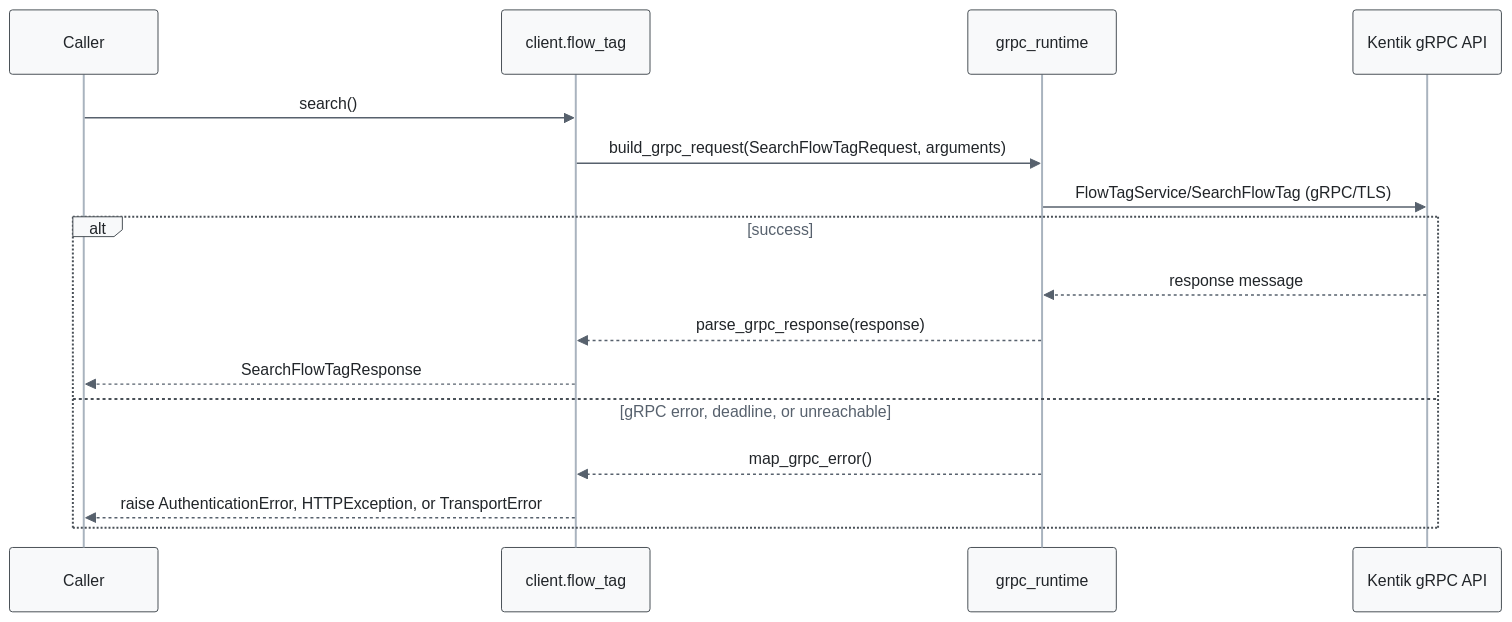
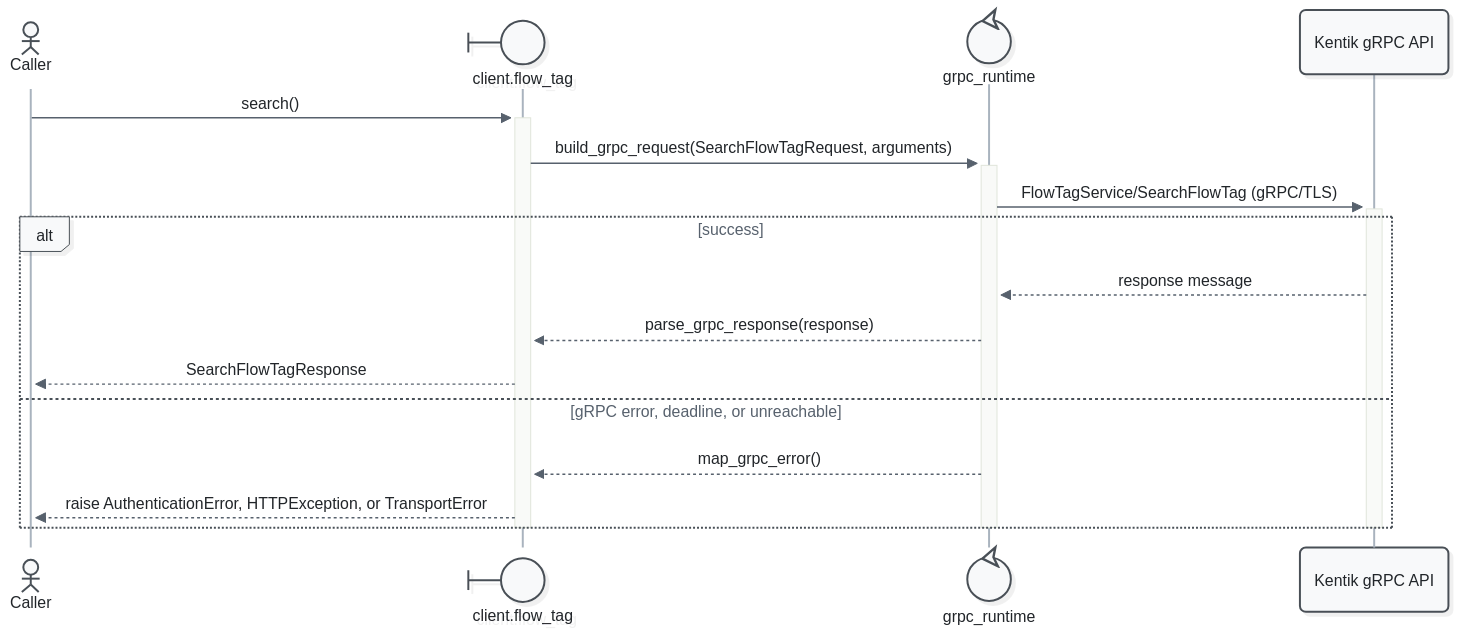
One commit to alexdearaujo/community_sdk_python changed the second of 11 diagrams in docs/sphinx/services/flow_tag.md. Above: the diagram before and after it, drawn with Mermaid. The commit also changed other lines of this file and 52 other files, not shown here.

First line of the commit message:
docs: Mermaid 12 sequence diagrams with participant types and path colors

````diff
--- a/docs/sphinx/services/flow_tag.md
+++ b/docs/sphinx/services/flow_tag.md
@@ -55,20 +57,23 @@
 ```mermaid
-%%{init: {"theme": "base", "fontFamily": "ui-monospace, SFMono-Regular, Menlo, monospace", "themeVariables": {"fontFamily": "ui-monospace, SFMono-Regular, Menlo, monospace", "primaryColor": "#f8f9fa", "primaryBorderColor": "#495057", "primaryTextColor": "#212529", "textColor": "#212529", "lineColor": "#77818c", "edgeLabelBackground": "#ffffff", "actorBkg": "#f8f9fa", "actorBorder": "#495057", "actorTextColor": "#212529", "actorLineColor": "#a9b3be", "signalColor": "#57616d", "signalTextColor": "#212529", "labelBoxBkgColor": "#f8f9fa", "labelBoxBorderColor": "#495057", "labelTextColor": "#212529", "loopTextColor": "#57616d", "noteBkgColor": "#fff9db", "noteBorderColor": "#f08c00", "noteTextColor": "#a35a00"}, "flowchart": {"curve": "step", "nodeSpacing": 30, "rankSpacing": 70, "wrappingWidth": 400}}}%%
+%%{init: {"theme": "redux", "look": "neo", "layout": "dagre", "fontFamily": "ui-monospace, SFMono-Regular, Menlo, monospace", "themeVariables": {"fontFamily": "ui-monospace, SFMono-Regular, Menlo, monospace", "primaryColor": "#f8f9fa", "primaryBorderColor": "#495057", "primaryTextColor": "#212529", "textColor": "#212529", "lineColor": "#77818c", "edgeLabelBackground": "#ffffff", "actorBkg": "#f8f9fa", "actorBorder": "#495057", "actorTextColor": "#212529", "actorLineColor": "#a9b3be", "signalColor": "#57616d", "signalTextColor": "#212529", "labelBoxBkgColor": "#f8f9fa", "labelBoxBorderColor": "#495057", "labelTextColor": "#212529", "loopTextColor": "#57616d", "noteBkgColor": "#fff9db", "noteBorderColor": "#f08c00", "noteTextColor": "#a35a00"}, "sequence": {"activationWidth": 16}, "flowchart": {"curve": "step", "nodeSpacing": 30, "rankSpacing": 70, "wrappingWidth": 400}}}%%
 sequenceDiagram
-    participant C as Caller
-    participant W as client.flow_tag
-    participant R as grpc_runtime
+    actor C as Caller
+    participant W@{ "type": "boundary" } as client.flow_tag
+    participant R@{ "type": "control" } as grpc_runtime
     participant API as Kentik gRPC API
 
-    C->>W: search()
-    W->>R: build_grpc_request(SearchFlowTagRequest, arguments)
-    R->>API: FlowTagService/SearchFlowTag (gRPC/TLS)
+    C->>+W: search()
+    W->>+R: build_grpc_request(SearchFlowTagRequest, arguments)
+    R->>+API: FlowTagService/SearchFlowTag (gRPC/TLS)
     alt success
         API-->>R: response message
         R-->>W: parse_grpc_response(response)
         W-->>C: SearchFlowTagResponse
     else gRPC error, deadline, or unreachable
         R-->>W: map_grpc_error()
         W-->>C: raise AuthenticationError, HTTPException, or TransportError
     end
+    deactivate API
+    deactivate R
+    deactivate W
 ```
````
